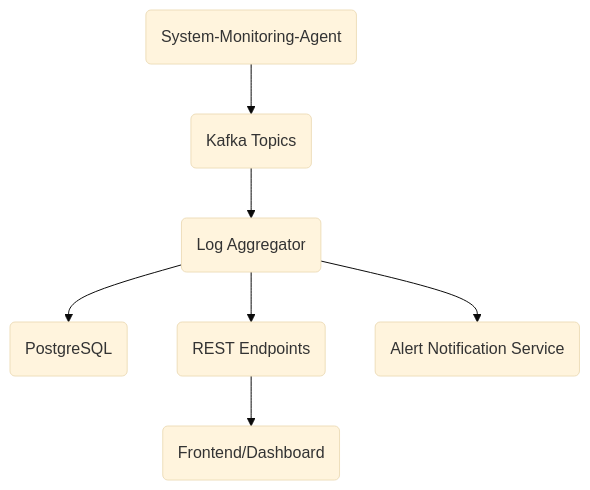
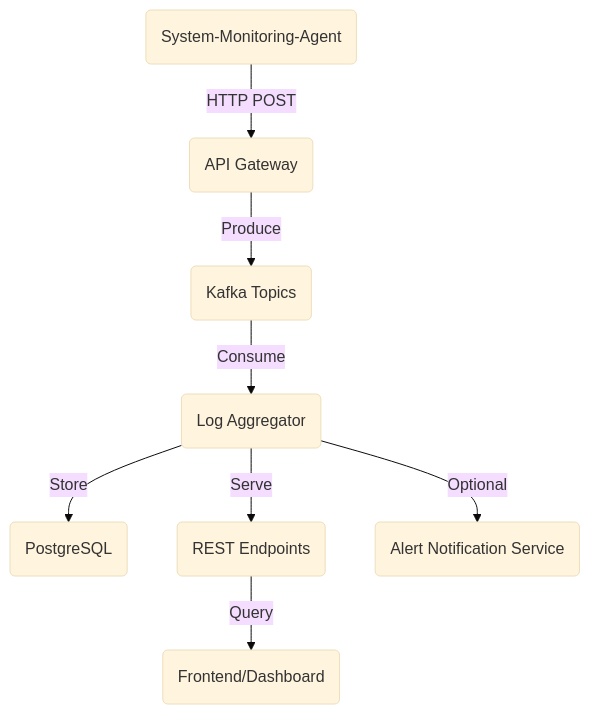
One commit to travism26/Security-Monitoring-Suite changed the diagram in log-aggregator/log-aggregator_PROJECT_SUMMARY.md. Above: the diagram before and after it, drawn with Mermaid (base theme).

Commit message:
update graph

````diff
--- a/log-aggregator/log-aggregator_PROJECT_SUMMARY.md
+++ b/log-aggregator/log-aggregator_PROJECT_SUMMARY.md
@@ -68,9 +68,10 @@
 ```mermaid
 graph TD
-    A(System-Monitoring-Agent) --> B(Kafka Topics)
-    B --> C(Log Aggregator)
-    C --> D(PostgreSQL)
-    C --> E(REST Endpoints)
-    E --> F(Frontend/Dashboard)
-    C --> G(Alert Notification Service)
+    A(System-Monitoring-Agent) -->|HTTP POST| B(API Gateway)
+    B -->|Produce| C(Kafka Topics)
+    C -->|Consume| D(Log Aggregator)
+    D -->|Store| E(PostgreSQL)
+    D -->|Serve| F(REST Endpoints)
+    F -->|Query| G(Frontend/Dashboard)
+    D -->|Optional| H(Alert Notification Service)
 ```
````
